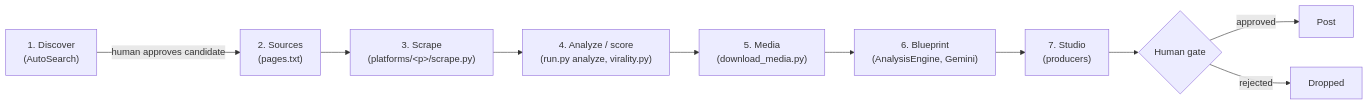
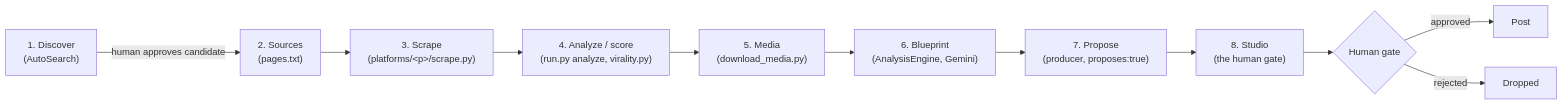
One commit to VincitoreSi/TheCuttingRoom changed the second of 2 diagrams in documentation/docs/architecture.md. Above: the diagram before and after it, drawn with Mermaid. The commit also changed other lines of this file and 15 other files, not shown here.

````diff
--- a/documentation/docs/architecture.md
+++ b/documentation/docs/architecture.md
@@ -82,12 +84,13 @@
 ```mermaid
 flowchart LR
     D["1. Discover\n(AutoSearch)"] -->|human approves candidate| S["2. Sources\n(pages.txt)"]
     S --> SC["3. Scrape\n(platforms/&lt;p&gt;/scrape.py)"]
     SC --> AN["4. Analyze / score\n(run.py analyze, virality.py)"]
     AN --> M["5. Media\n(download_media.py)"]
     M --> BP["6. Blueprint\n(AnalysisEngine, Gemini)"]
-    BP --> ST["7. Studio\n(producers)"]
+    BP --> PR["7. Propose\n(producer, proposes:true)"]
+    PR --> ST["8. Studio\n(the human gate)"]
     ST --> G{Human gate}
     G -->|approved| Post[Post]
     G -->|rejected| Drop[Dropped]
 ```
````
